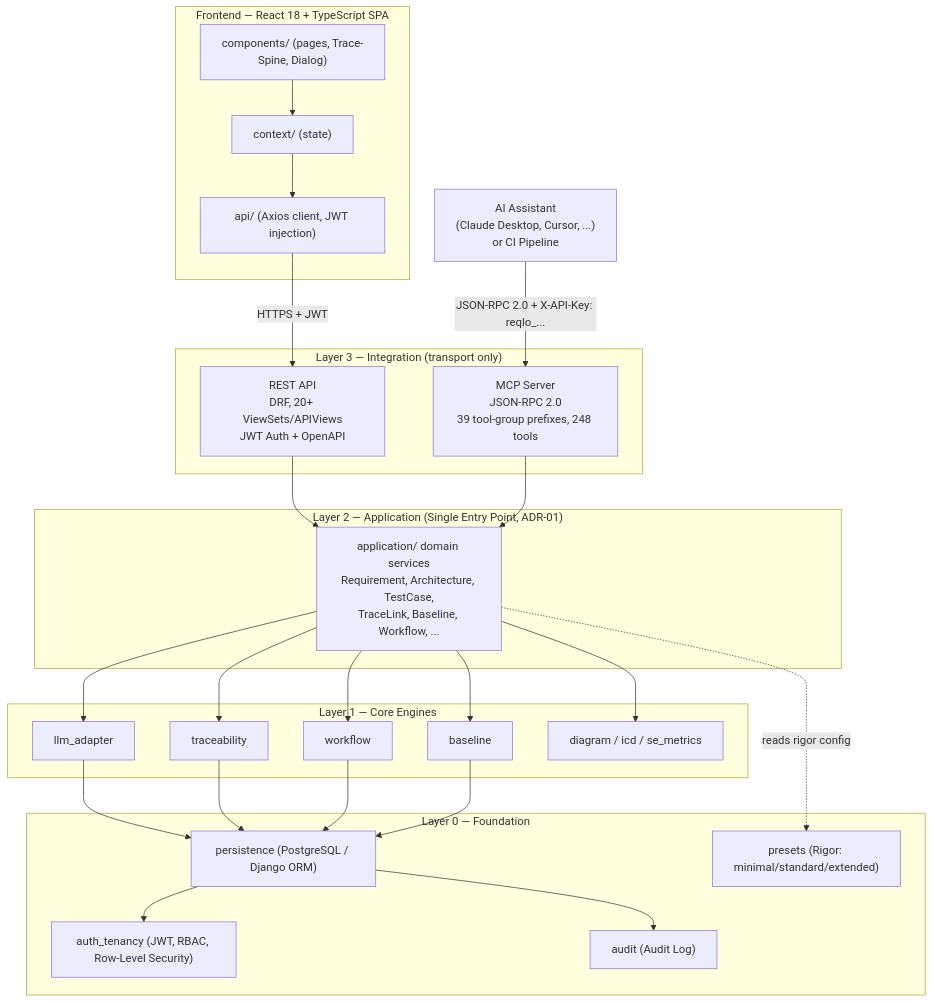
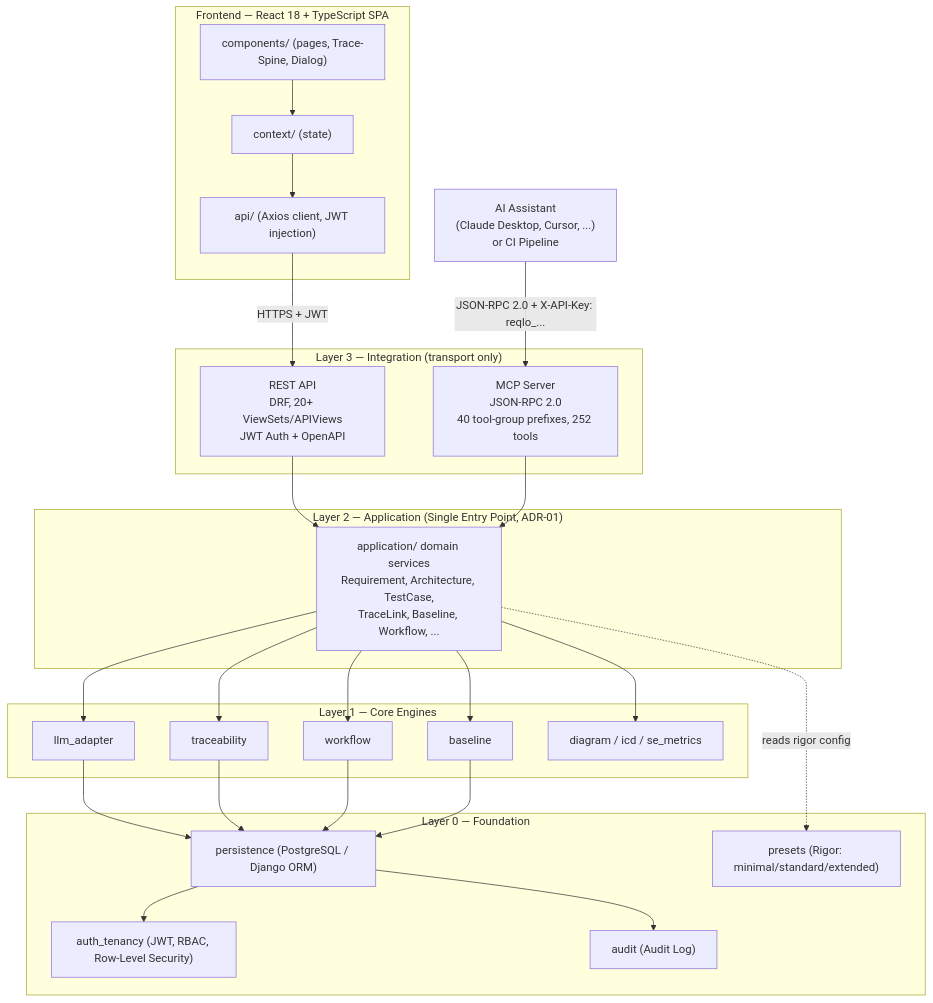
The first of 3 diagrams in README.md (Popoboxxo/ReqogniLoom), drawn with Mermaid before and after one commit. The commit also changed other lines of this file and 10 other files, not shown here.

First line of the commit message:
feat(mcp): preference tool group

````diff
--- a/README.md
+++ b/README.md
@@ -101,53 +101,53 @@
 ```mermaid
 graph TD
     subgraph FE["Frontend — React 18 + TypeScript SPA"]
         UI["components/ (pages, Trace-Spine, Dialog)"]
         CTX["context/ (state)"]
         APICLIENT["api/ (Axios client, JWT injection)"]
         UI --> CTX --> APICLIENT
     end
 
     EXT["AI Assistant<br/>(Claude Desktop, Cursor, ...)<br/>or CI Pipeline"]
 
     subgraph L3["Layer 3 — Integration (transport only)"]
         REST["REST API<br/>DRF, 20+ ViewSets/APIViews<br/>JWT Auth + OpenAPI"]
-        MCP["MCP Server<br/>JSON-RPC 2.0<br/>39 tool-group prefixes, 248 tools"]
+        MCP["MCP Server<br/>JSON-RPC 2.0<br/>40 tool-group prefixes, 252 tools"]
     end
 
     subgraph L2["Layer 2 — Application (Single Entry Point, ADR-01)"]
         APP["application/ domain services<br/>Requirement, Architecture, TestCase,<br/>TraceLink, Baseline, Workflow, ..."]
     end
 
     subgraph L1["Layer 1 — Core Engines"]
         LLM["llm_adapter"]
         TRACE["traceability"]
         WF["workflow"]
         BASE["baseline"]
         DIAG["diagram / icd / se_metrics"]
     end
 
     subgraph L0["Layer 0 — Foundation"]
         PERSIST["persistence (PostgreSQL / Django ORM)"]
         AUTH["auth_tenancy (JWT, RBAC, Row-Level Security)"]
         PRESET["presets (Rigor: minimal/standard/extended)"]
         AUDIT["audit (Audit Log)"]
     end
 
     APICLIENT -->|"HTTPS + JWT"| REST
     EXT -->|"JSON-RPC 2.0 + X-API-Key: reqlo_..."| MCP
 
     REST --> APP
     MCP --> APP
     APP --> LLM
     APP --> TRACE
     APP --> WF
     APP --> BASE
     APP --> DIAG
     APP -.->|"reads rigor config"| PRESET
     LLM --> PERSIST
     TRACE --> PERSIST
     WF --> PERSIST
     BASE --> PERSIST
     PERSIST --> AUTH
     PERSIST --> AUDIT
 ```
````
